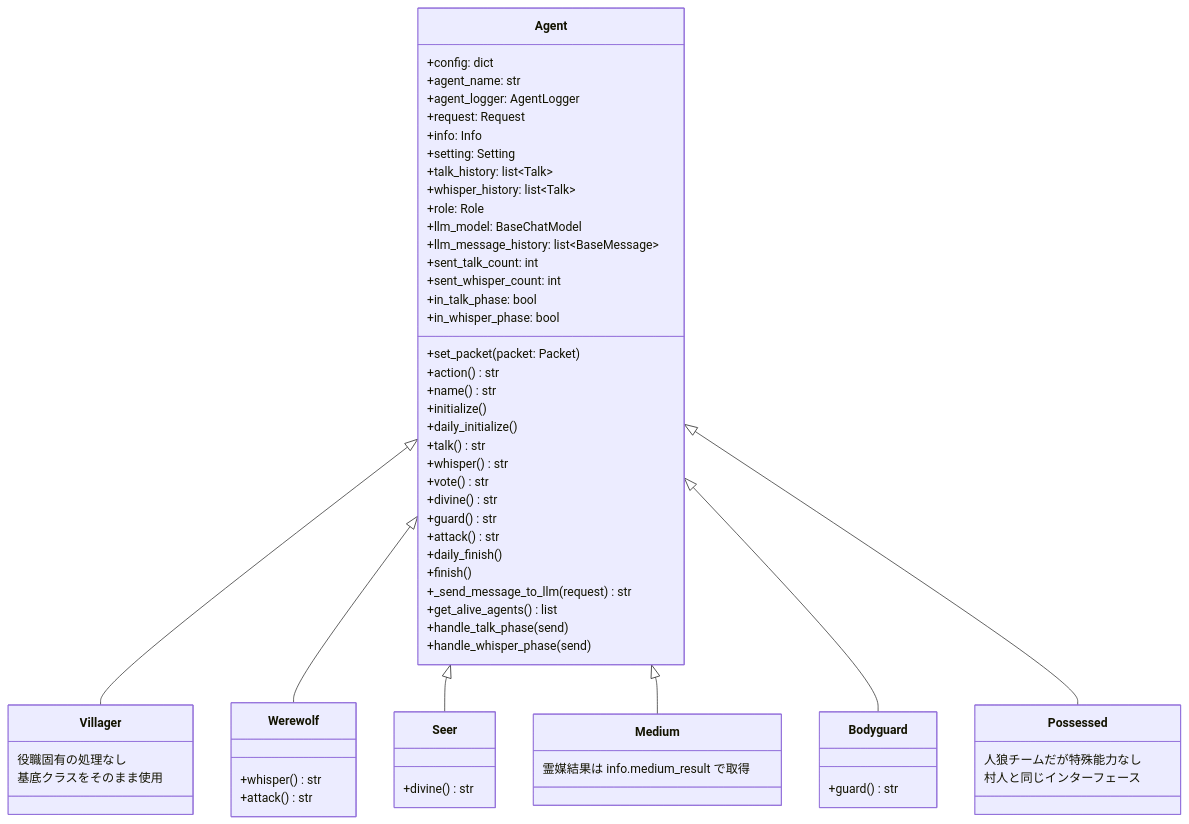
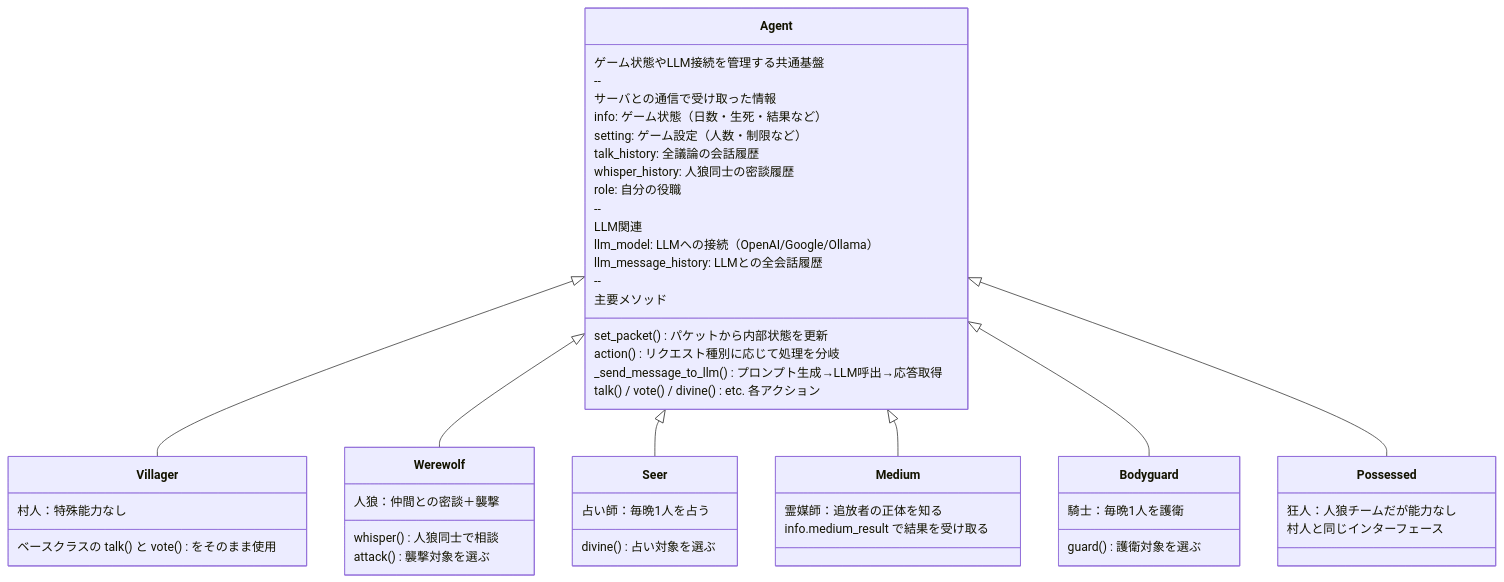
One commit to iggy157/aiwolf-nlp-systems changed the first of 5 diagrams in docs/architecture/agent-architecture.md. Above: the diagram before and after it, drawn with Mermaid. The commit also changed other lines of this file and 2 other files, not shown here.

Commit message:
fix: フロー図修正

````diff
--- a/docs/architecture/agent-architecture.md
+++ b/docs/architecture/agent-architecture.md
@@ -5,71 +18,61 @@
 ```mermaid
 classDiagram
     class Agent {
-        +config: dict
-        +agent_name: str
-        +agent_logger: AgentLogger
-        +request: Request
-        +info: Info
-        +setting: Setting
-        +talk_history: list~Talk~
-        +whisper_history: list~Talk~
-        +role: Role
-        +llm_model: BaseChatModel
-        +llm_message_history: list~BaseMessage~
-        +sent_talk_count: int
-        +sent_whisper_count: int
-        +in_talk_phase: bool
-        +in_whisper_phase: bool
-        +set_packet(packet: Packet)
-        +action() str
-        +name() str
-        +initialize()
-        +daily_initialize()
-        +talk() str
-        +whisper() str
-        +vote() str
-        +divine() str
-        +guard() str
-        +attack() str
-        +daily_finish()
-        +finish()
-        +_send_message_to_llm(request) str
-        +get_alive_agents() list
-        +handle_talk_phase(send)
-        +handle_whisper_phase(send)
+        ゲーム状態やLLM接続を管理する共通基盤
+        --
+        サーバとの通信で受け取った情報
+        info: ゲーム状態（日数・生死・結果など）
+        setting: ゲーム設定（人数・制限など）
+        talk_history: 全議論の会話履歴
+        whisper_history: 人狼同士の密談履歴
+        role: 自分の役職
+        --
+        LLM関連
+        llm_model: LLMへの接続（OpenAI/Google/Ollama）
+        llm_message_history: LLMとの全会話履歴
+        --
+        主要メソッド
+        set_packet() パケットから内部状態を更新
+        action() リクエスト種別に応じて処理を分岐
+        _send_message_to_llm() プロンプト生成→LLM呼出→応答取得
+        talk() / vote() / divine() etc. 各アクション
     }
 
     class Villager {
-        役職固有の処理なし
-        基底クラスをそのまま使用
+        村人：特殊能力なし
+        ベースクラスの talk() と vote() をそのまま使用
     }
 
     class Werewolf {
-        +whisper() str
-        +attack() str
+        人狼：仲間との密談＋襲撃
+        whisper() 人狼同士で相談
+        attack() 襲撃対象を選ぶ
     }
 
     class Seer {
-        +divine() str
+        占い師：毎晩1人を占う
+        divine() 占い対象を選ぶ
     }
 
     class Medium {
-        霊媒結果は info.medium_result で取得
+        霊媒師：追放者の正体を知る
+        info.medium_result で結果を受け取る
     }
 
     class Bodyguard {
-        +guard() str
+        騎士：毎晩1人を護衛
+        guard() 護衛対象を選ぶ
     }
 
     class Possessed {
-        人狼チームだが特殊能力なし
+        狂人：人狼チームだが能力なし
         村人と同じインターフェース
     }
 
     Agent <|-- Villager
     Agent <|-- Werewolf
     Agent <|-- Seer
     Agent <|-- Medium
     Agent <|-- Bodyguard
     Agent <|-- Possessed
 ```
````
